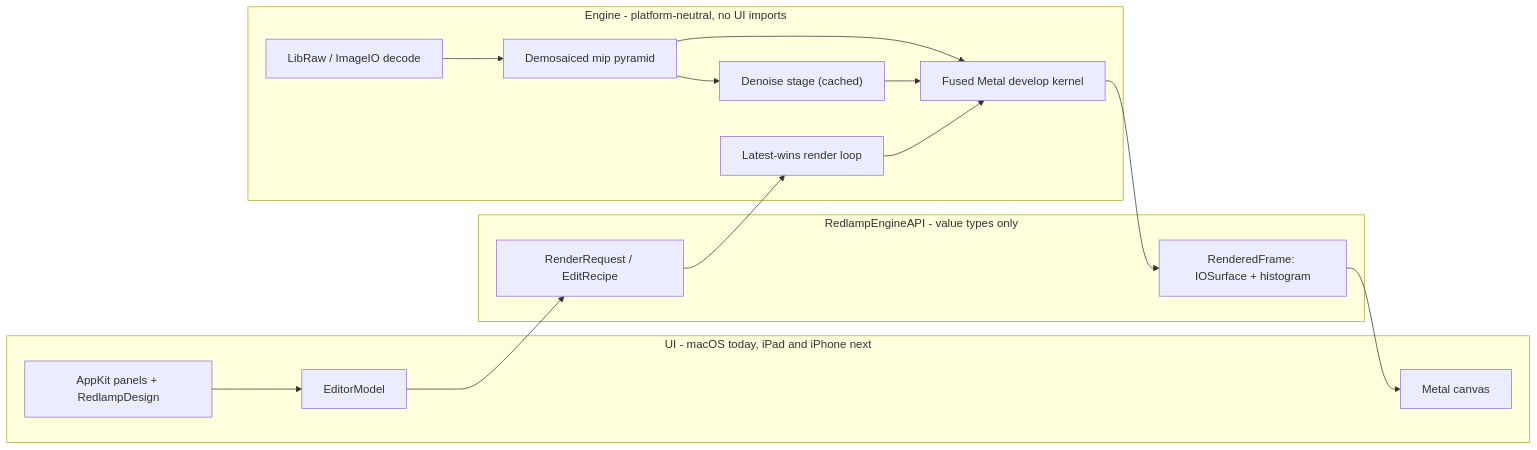
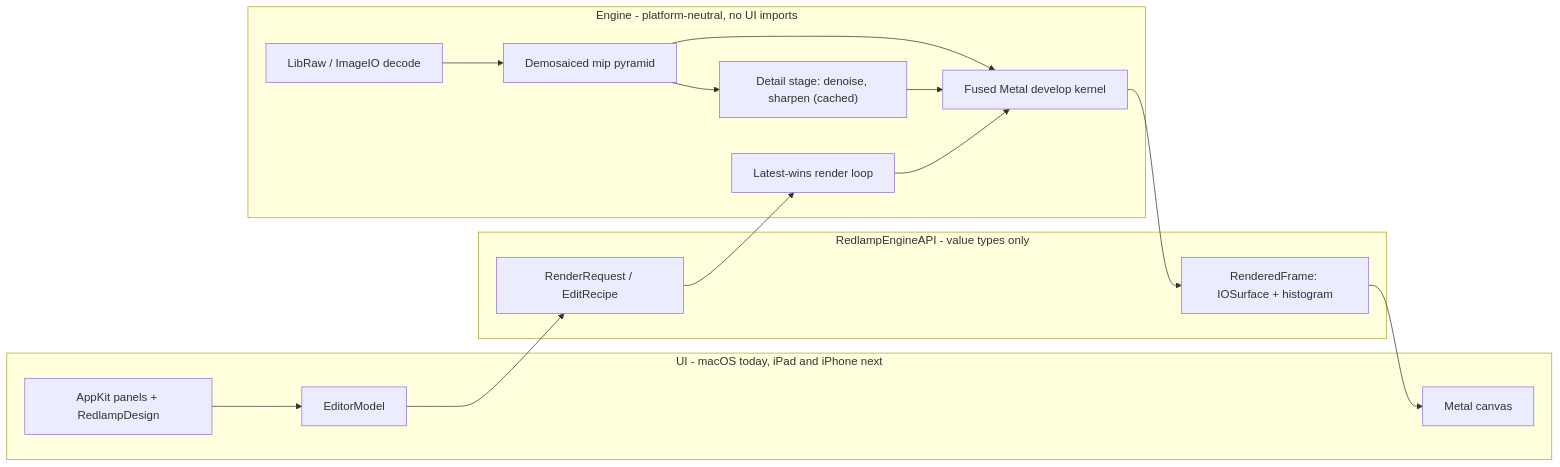
The diagram in README.md (pdcgomes/redlamp), drawn with Mermaid before and after one commit. The commit also changed other lines of this file and 8 other files, not shown here.

````diff
--- a/README.md
+++ b/README.md
@@ -330,19 +331,19 @@
 ```mermaid
 flowchart LR
     subgraph ui [UI - macOS today, iPad and iPhone next]
         Views["AppKit panels + RedlampDesign"] --> Model["EditorModel"]
         Canvas["Metal canvas"]
     end
     subgraph api [RedlampEngineAPI - value types only]
         Req["RenderRequest / EditRecipe"]
         Frame["RenderedFrame: IOSurface + histogram"]
     end
     subgraph engine [Engine - platform-neutral, no UI imports]
         Sched["Latest-wins render loop"] --> Kernels["Fused Metal develop kernel"]
         Pyramid["Demosaiced mip pyramid"] --> Kernels
-        Pyramid --> Denoise["Denoise stage (cached)"] --> Kernels
+        Pyramid --> Detail["Detail stage: denoise, sharpen (cached)"] --> Kernels
         Decode["LibRaw / ImageIO decode"] --> Pyramid
     end
     Model --> Req --> Sched
     Kernels --> Frame --> Canvas
 ```
````
